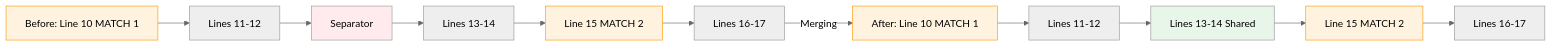
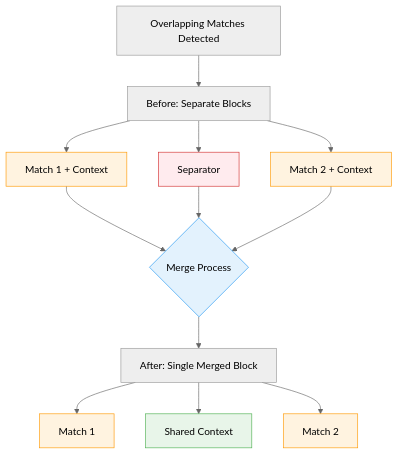
Before and after one commit to iepathos/ripgrep: the second of 2 diagrams in docs/context-lines.md, drawn with Mermaid (neutral theme).

Commit message:
fix: improve Mermaid diagram readability in context-lines documentation
Restructured the context merging diagram to resolve validation warnings:
- Converted from horizontal LR layout to vertical TD flowchart
- Eliminated 10-node linear chain that created excessive width (1780px)
- Changed from subgraphs to fully connected flowchart structure
- Added central merge process node to show transformation clearly
- Maintained color coding for matches, separator, and shared context

All diagrams now pass strict validation with no warnings.

````diff
--- a/docs/context-lines.md
+++ b/docs/context-lines.md
@@ -361,20 +361,24 @@
 ```mermaid
-graph LR
-    M1["Before: Line 10 MATCH 1"] --> C1["Lines 11-12"]
-    C1 --> SEP1["Separator"]
-    SEP1 --> C2["Lines 13-14"]
-    C2 --> M2["Line 15 MATCH 2"]
-    M2 --> C3["Lines 16-17"]
-    C3 -->|"Merging"| M1A["After: Line 10 MATCH 1"]
-    M1A --> C1A["Lines 11-12"]
-    C1A --> OVER["Lines 13-14 Shared"]
-    OVER --> M2A["Line 15 MATCH 2"]
-    M2A --> C3A["Lines 16-17"]
+flowchart TD
+    Start["Overlapping Matches Detected"] --> Before["Before: Separate Blocks"]
+    Before --> M1["Match 1 + Context"]
+    Before --> Sep["Separator"]
+    Before --> M2["Match 2 + Context"]
+
+    M1 --> Merge{Merge Process}
+    Sep --> Merge
+    M2 --> Merge
+
+    Merge --> After["After: Single Merged Block"]
+    After --> R1["Match 1"]
+    After --> Shared["Shared Context"]
+    After --> R2["Match 2"]
 
     style M1 fill:#fff3e0,stroke:#ff9800
     style M2 fill:#fff3e0,stroke:#ff9800
-    style M1A fill:#fff3e0,stroke:#ff9800
-    style M2A fill:#fff3e0,stroke:#ff9800
-    style OVER fill:#e8f5e9
-    style SEP1 fill:#ffebee
+    style Sep fill:#ffebee,stroke:#d32f2f
+    style R1 fill:#fff3e0,stroke:#ff9800
+    style R2 fill:#fff3e0,stroke:#ff9800
+    style Shared fill:#e8f5e9,stroke:#4caf50
+    style Merge fill:#e3f2fd,stroke:#2196f3
 ```
````
